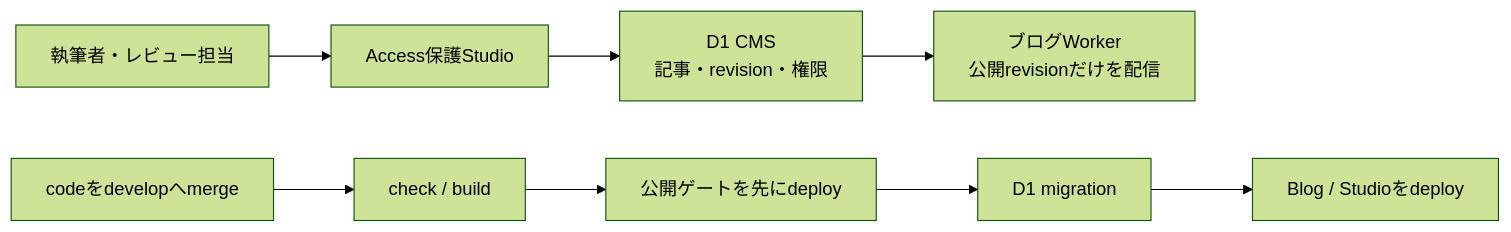
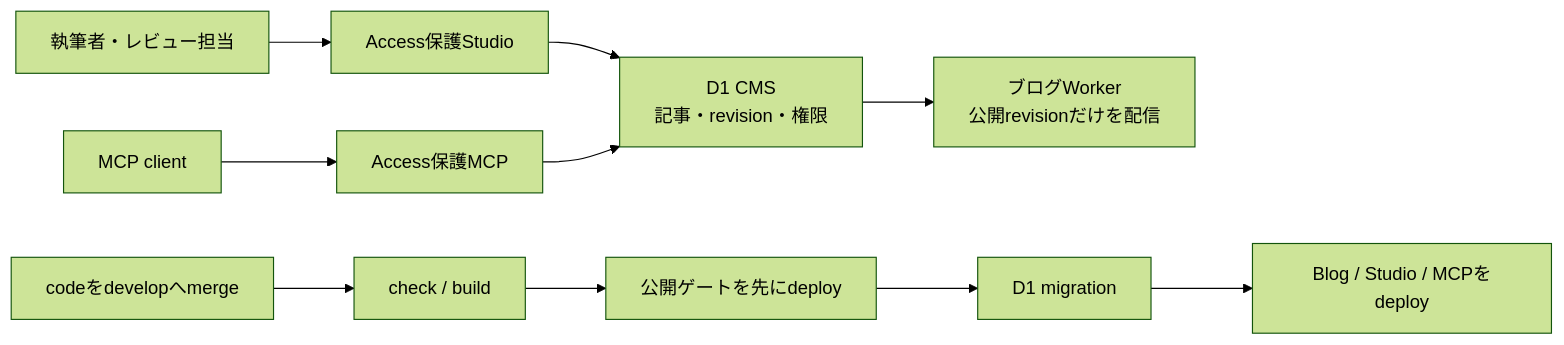
Before and after one commit to mani1261790/Noema: the diagram in README.md, drawn with Mermaid (forest theme). The commit also changed other lines of this file and 21 other files, not shown here.

Commit message:
Add Studio MCP draft integration

````diff
--- a/README.md
+++ b/README.md
@@ -23,10 +25,12 @@
 ```mermaid
 flowchart LR
   Author["執筆者・レビュー担当"] --> Studio["Access保護Studio"]
+  McpClient["MCP client"] --> Mcp["Access保護MCP"]
   Studio --> D1["D1 CMS<br/>記事・revision・権限"]
+  Mcp --> D1
   D1 --> Blog["ブログWorker<br/>公開revisionだけを配信"]
   Develop["codeをdevelopへmerge"] --> CI["check / build"]
   CI --> Gate["公開ゲートを先にdeploy"]
   Gate --> Migration["D1 migration"]
-  Migration --> Deploy["Blog / Studioをdeploy"]
+  Migration --> Deploy["Blog / Studio / MCPをdeploy"]
 ```
````
